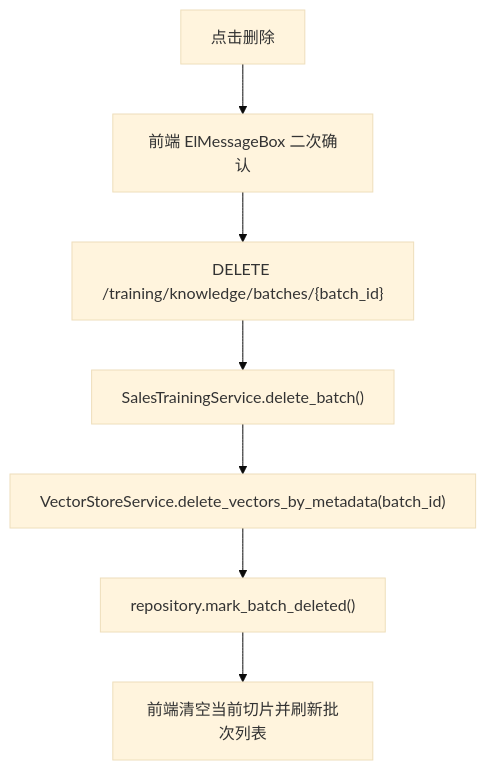
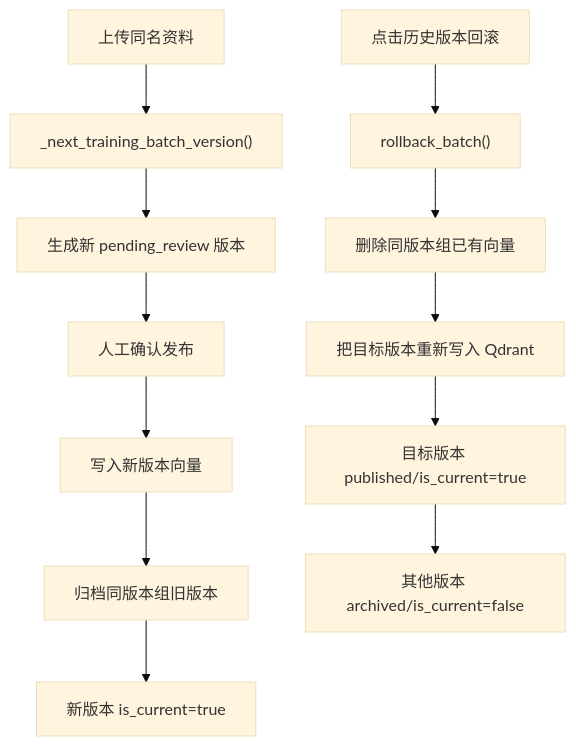
The fifth of 5 diagrams in docs/销售训练资料管理上传文件流程.md (chen-liang-22/AI_RAG_Agent_Frontend), drawn with Mermaid (base theme) before and after one commit. The commit also changed other lines of this file and 2 other files, not shown here.

````diff
--- a/docs/销售训练资料管理上传文件流程.md
+++ b/docs/销售训练资料管理上传文件流程.md
@@ -218,9 +247,15 @@
 ```mermaid
 flowchart TD
-    A["点击删除"] --> B["前端 ElMessageBox 二次确认"]
-    B --> C["DELETE /training/knowledge/batches/{batch_id}"]
-    C --> D["SalesTrainingService.delete_batch()"]
-    D --> E["VectorStoreService.delete_vectors_by_metadata(batch_id)"]
-    E --> F["repository.mark_batch_deleted()"]
-    F --> G["前端清空当前切片并刷新批次列表"]
+    A["上传同名资料"] --> B["_next_training_batch_version()"]
+    B --> C["生成新 pending_review 版本"]
+    C --> D["人工确认发布"]
+    D --> E["写入新版本向量"]
+    E --> F["归档同版本组旧版本"]
+    F --> G["新版本 is_current=true"]
+
+    H["点击历史版本回滚"] --> I["rollback_batch()"]
+    I --> J["删除同版本组已有向量"]
+    J --> K["把目标版本重新写入 Qdrant"]
+    K --> L["目标版本 published/is_current=true"]
+    L --> M["其他版本 archived/is_current=false"]
 ```
````
